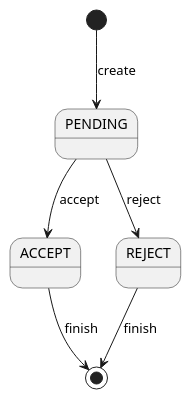
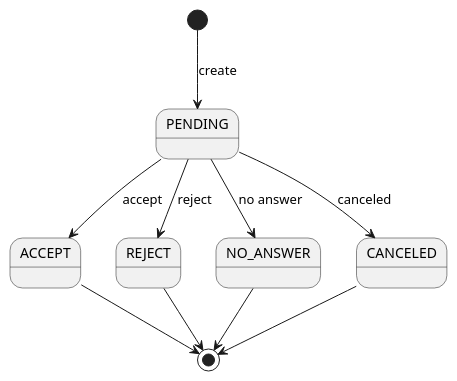
One commit to miseEnPlace-dev/lapr4 changed the diagram in docs/sprint-c/us41-4003/US4003_STATE.puml. Above: the diagram before and after it, drawn with PlantUML. The commit also changed 1 other file, not shown here.

Commit message:
docs: updated STATE & CD diagram (#51)

```diff
--- a/docs/sprint-c/us41-4003/US4003_STATE.puml
+++ b/docs/sprint-c/us41-4003/US4003_STATE.puml
@@ -1,11 +1,15 @@
 @startuml US4003_STATE
 
 [*] --> PENDING : create
 
 PENDING --> ACCEPT : accept
 PENDING --> REJECT : reject
+PENDING --> NO_ANSWER : no answer
+PENDING --> CANCELED : canceled
 
-ACCEPT --> [*] : finish
-REJECT --> [*] : finish
+ACCEPT --> [*]
+REJECT --> [*]
+NO_ANSWER --> [*]
+CANCELED --> [*]
 
 @enduml
```
